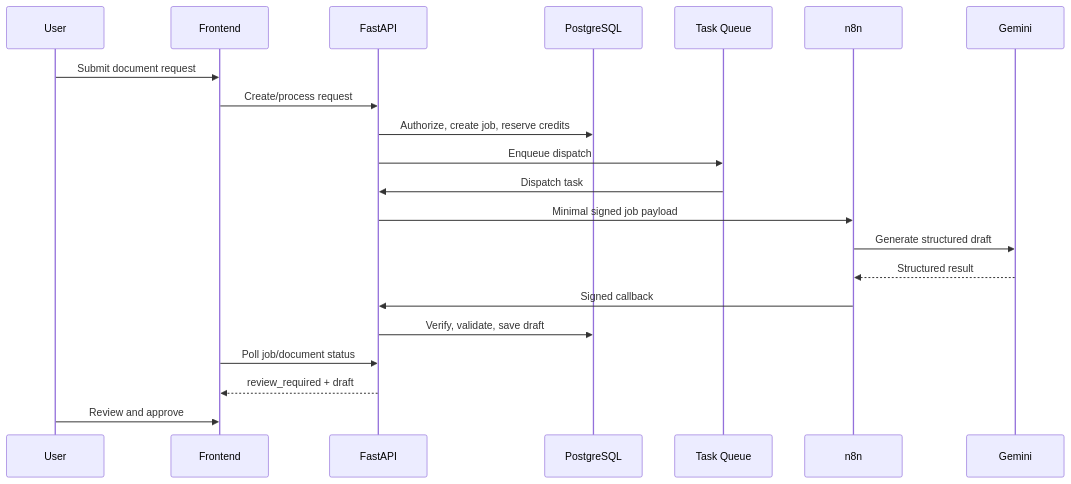
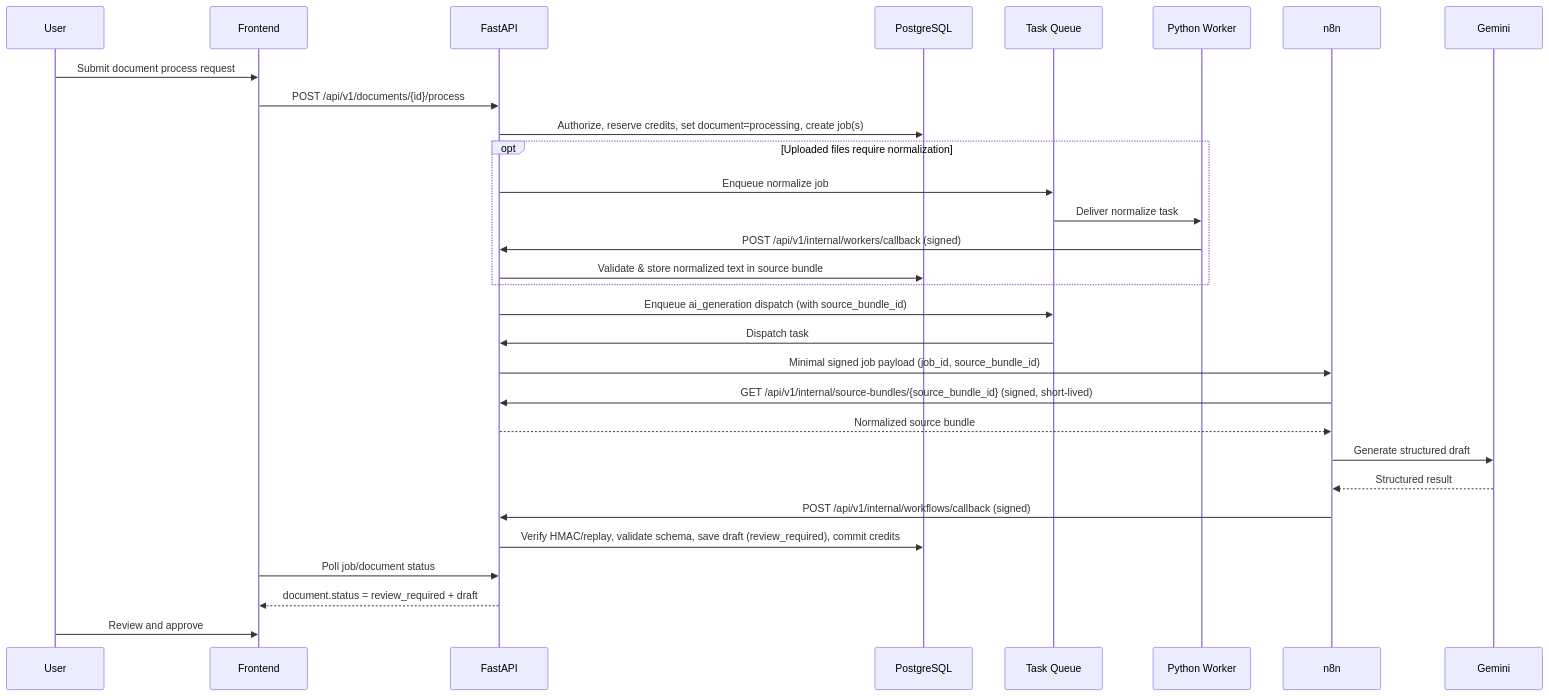
The second of 3 diagrams in docs/SYSTEM_ARCHITECTURE.md (SaktiArifDwiPutra/document-saas), drawn with Mermaid before and after one commit. The commit also changed other lines of this file and 7 other files, not shown here.

````diff
--- a/docs/SYSTEM_ARCHITECTURE.md
+++ b/docs/SYSTEM_ARCHITECTURE.md
@@ -172,24 +183,33 @@
 ``` mermaid
 sequenceDiagram
     participant User
     participant FE as Frontend
     participant API as FastAPI
     participant DB as PostgreSQL
     participant Q as Task Queue
+    participant W as Python Worker
     participant N8N as n8n
     participant AI as Gemini
 
-    User->>FE: Submit document request
-    FE->>API: Create/process request
-    API->>DB: Authorize, create job, reserve credits
-    API->>Q: Enqueue dispatch
+    User->>FE: Submit document process request
+    FE->>API: POST /api/v1/documents/{id}/process
+    API->>DB: Authorize, reserve credits, set document=processing, create job(s)
+    opt Uploaded files require normalization
+        API->>Q: Enqueue normalize job
+        Q->>W: Deliver normalize task
+        W->>API: POST /api/v1/internal/workers/callback (signed)
+        API->>DB: Validate & store normalized text in source bundle
+    end
+    API->>Q: Enqueue ai_generation dispatch (with source_bundle_id)
     Q->>API: Dispatch task
-    API->>N8N: Minimal signed job payload
+    API->>N8N: Minimal signed job payload (job_id, source_bundle_id)
+    N8N->>API: GET /api/v1/internal/source-bundles/{source_bundle_id} (signed, short-lived)
+    API-->>N8N: Normalized source bundle
     N8N->>AI: Generate structured draft
     AI-->>N8N: Structured result
-    N8N->>API: Signed callback
-    API->>DB: Verify, validate, save draft
+    N8N->>API: POST /api/v1/internal/workflows/callback (signed)
+    API->>DB: Verify HMAC/replay, validate schema, save draft (review_required), commit credits
     FE->>API: Poll job/document status
-    API-->>FE: review_required + draft
+    API-->>FE: document.status = review_required + draft
     User->>FE: Review and approve
 ```
````
